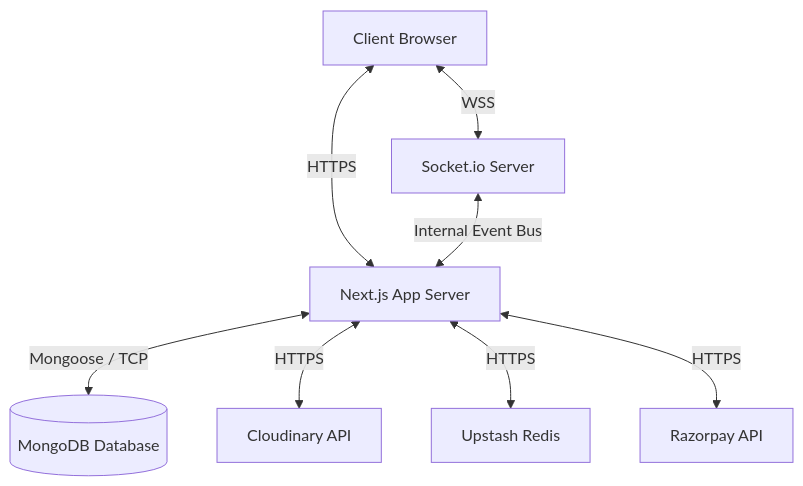
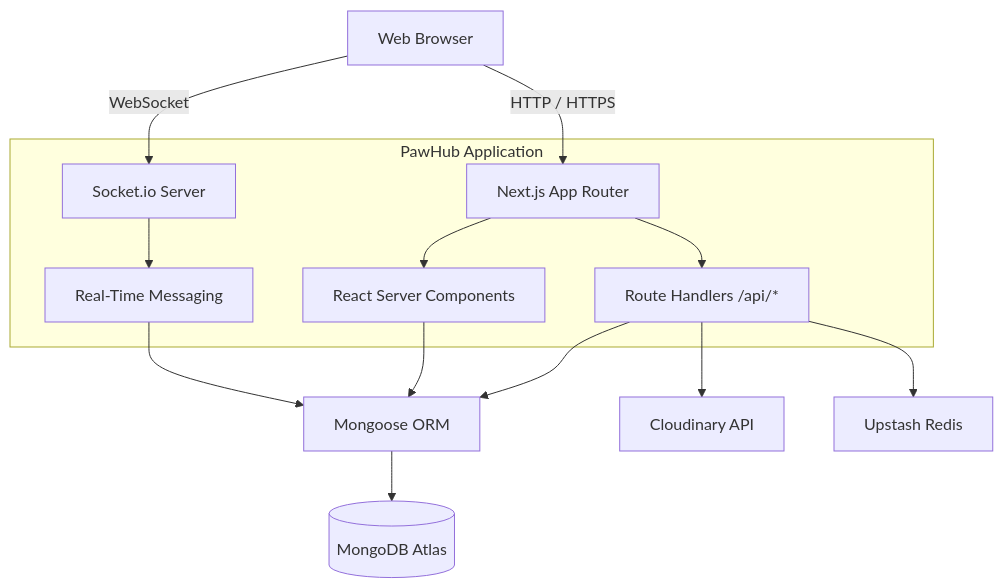
One commit to KunalM139/PawHub changed the first of 2 diagrams in SYSTEM_ARCHITECTURE.md. Above: the diagram before and after it, drawn with Mermaid. The commit also changed other lines of this file and 71 other files, not shown here.

````diff
--- a/SYSTEM_ARCHITECTURE.md
+++ b/SYSTEM_ARCHITECTURE.md
@@ -22,12 +16,20 @@
 ```mermaid
 graph TD
-    Client[Client Browser] <-->|HTTPS| NextJS[Next.js App Server]
-    Client <-->|WSS| SocketIO[Socket.io Server]
+    Client[Web Browser] -->|HTTP / HTTPS| NextJS[Next.js App Router]
+    Client -->|WebSocket| SocketIO[Socket.io Server]
     
-    NextJS <-->|Mongoose / TCP| MongoDB[(MongoDB Database)]
-    NextJS <-->|HTTPS| Cloudinary[Cloudinary API]
-    NextJS <-->|HTTPS| Upstash[Upstash Redis]
-    NextJS <-->|HTTPS| Razorpay[Razorpay API]
+    subgraph PawHub Application
+    NextJS --> API[Route Handlers /api/*]
+    NextJS --> Pages[React Server Components]
+    SocketIO --> MessageHandler[Real-Time Messaging]
+    end
     
-    SocketIO <-->|Internal Event Bus| NextJS
+    API --> Mongoose[Mongoose ORM]
+    Pages --> Mongoose
+    MessageHandler --> Mongoose
+    
+    Mongoose --> MongoDB[(MongoDB Atlas)]
+    
+    API --> Cloudinary[Cloudinary API]
+    API --> Redis[Upstash Redis]
 ```
````
